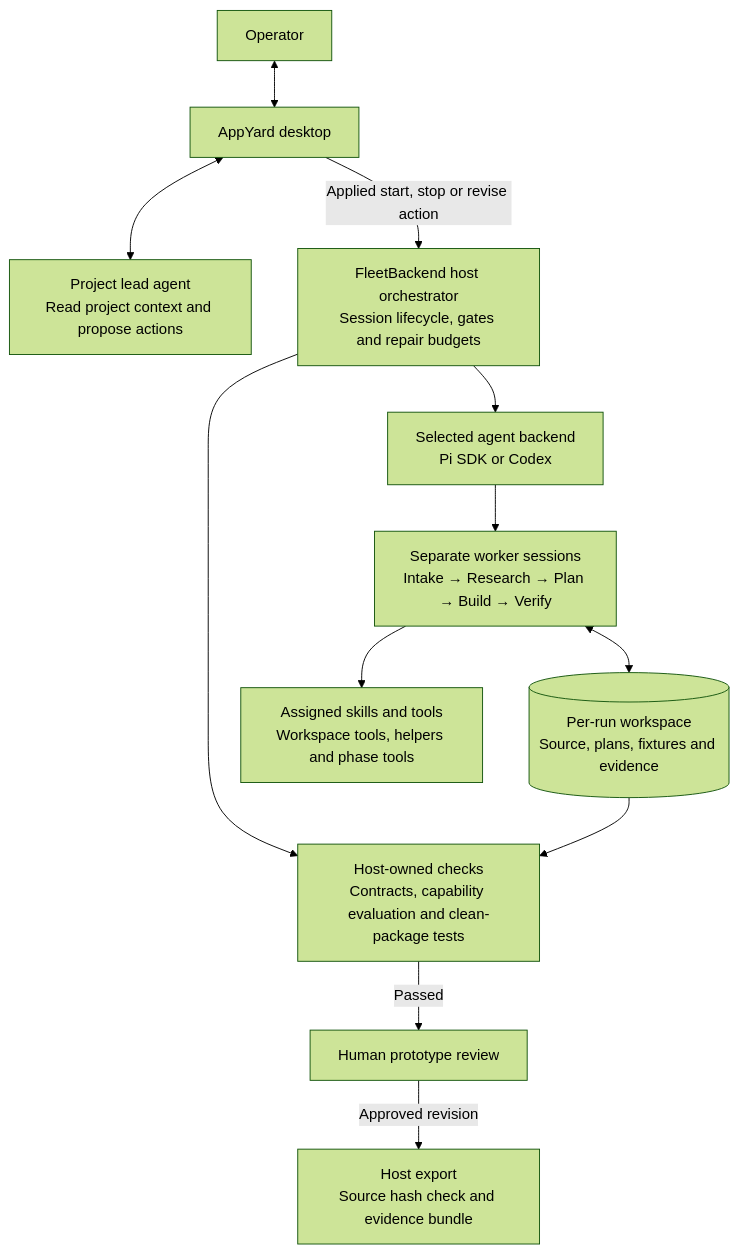
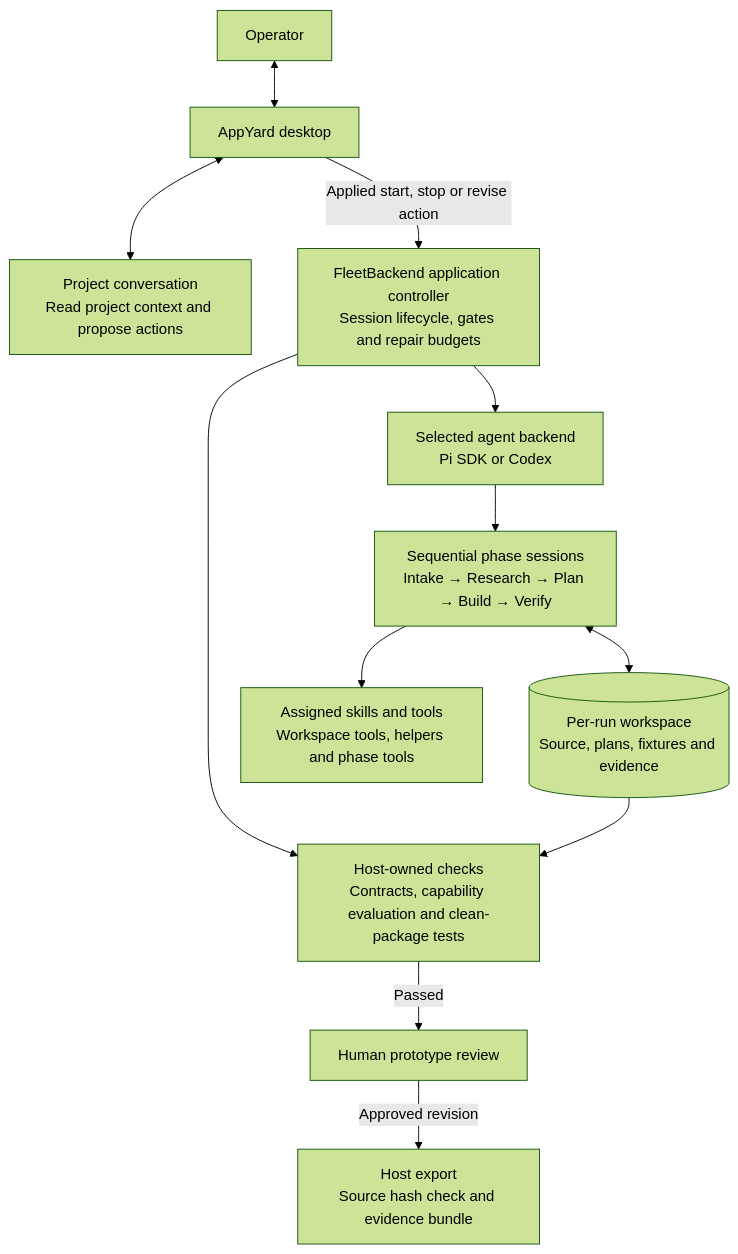
The first of 2 diagrams in docs/agent-architecture.md (danjung9/FleetHarness), drawn with Mermaid (forest theme) before and after one commit. The commit also changed other lines of this file and 117 other files, not shown here.

````diff
--- a/docs/agent-architecture.md
+++ b/docs/agent-architecture.md
@@ -7,14 +9,14 @@
 ```mermaid
 flowchart TB
     user["Operator"] <--> ui["AppYard desktop"]
-    ui <--> lead["Project lead agent<br/>Read project context and propose actions"]
-    ui -->|Applied start, stop or revise action| host["FleetBackend host orchestrator<br/>Session lifecycle, gates and repair budgets"]
+    ui <--> lead["Project conversation<br/>Read project context and propose actions"]
+    ui -->|Applied start, stop or revise action| host["FleetBackend application controller<br/>Session lifecycle, gates and repair budgets"]
     host --> backend["Selected agent backend<br/>Pi SDK or Codex"]
-    backend --> sessions["Separate worker sessions<br/>Intake → Research → Plan → Build → Verify"]
+    backend --> sessions["Sequential phase sessions<br/>Intake → Research → Plan → Build → Verify"]
     sessions <--> workspace[("Per-run workspace<br/>Source, plans, fixtures and evidence")]
     sessions --> tools["Assigned skills and tools<br/>Workspace tools, helpers and phase tools"]
     host --> checks["Host-owned checks<br/>Contracts, capability evaluation and clean-package tests"]
     workspace --> checks
     checks -->|Passed| review["Human prototype review"]
     review -->|Approved revision| export["Host export<br/>Source hash check and evidence bundle"]
 ```
````
